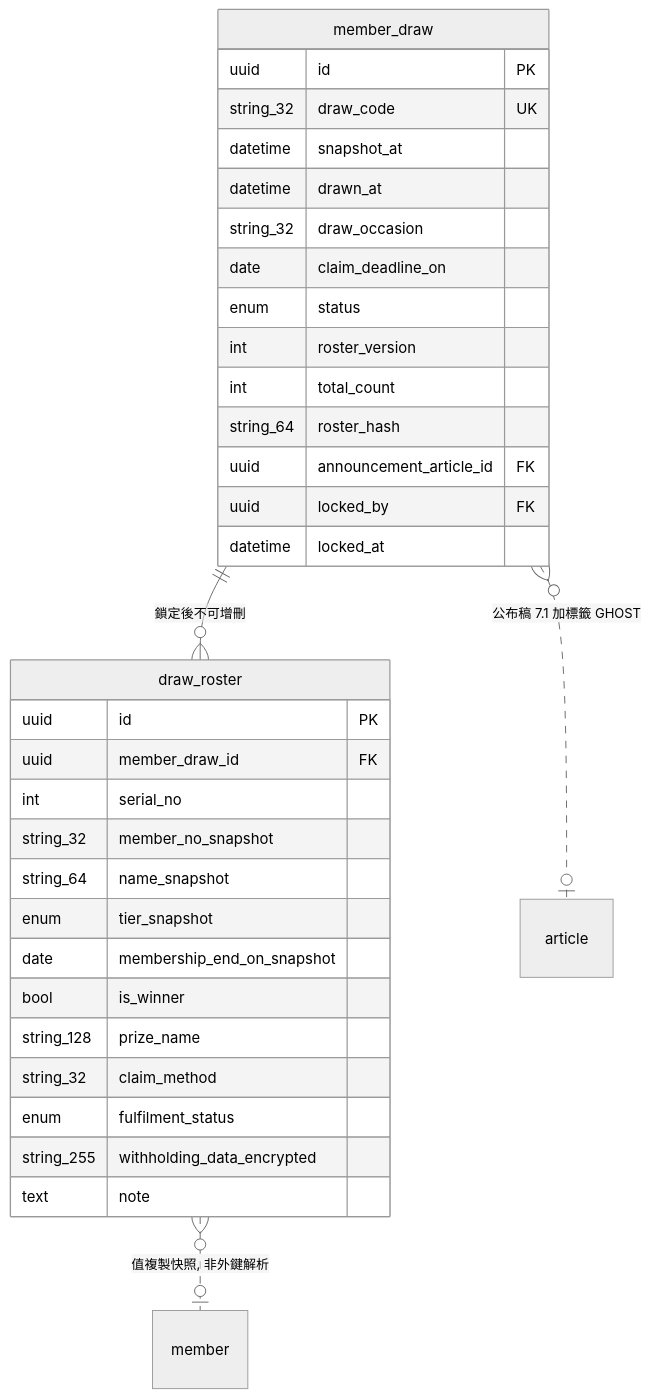
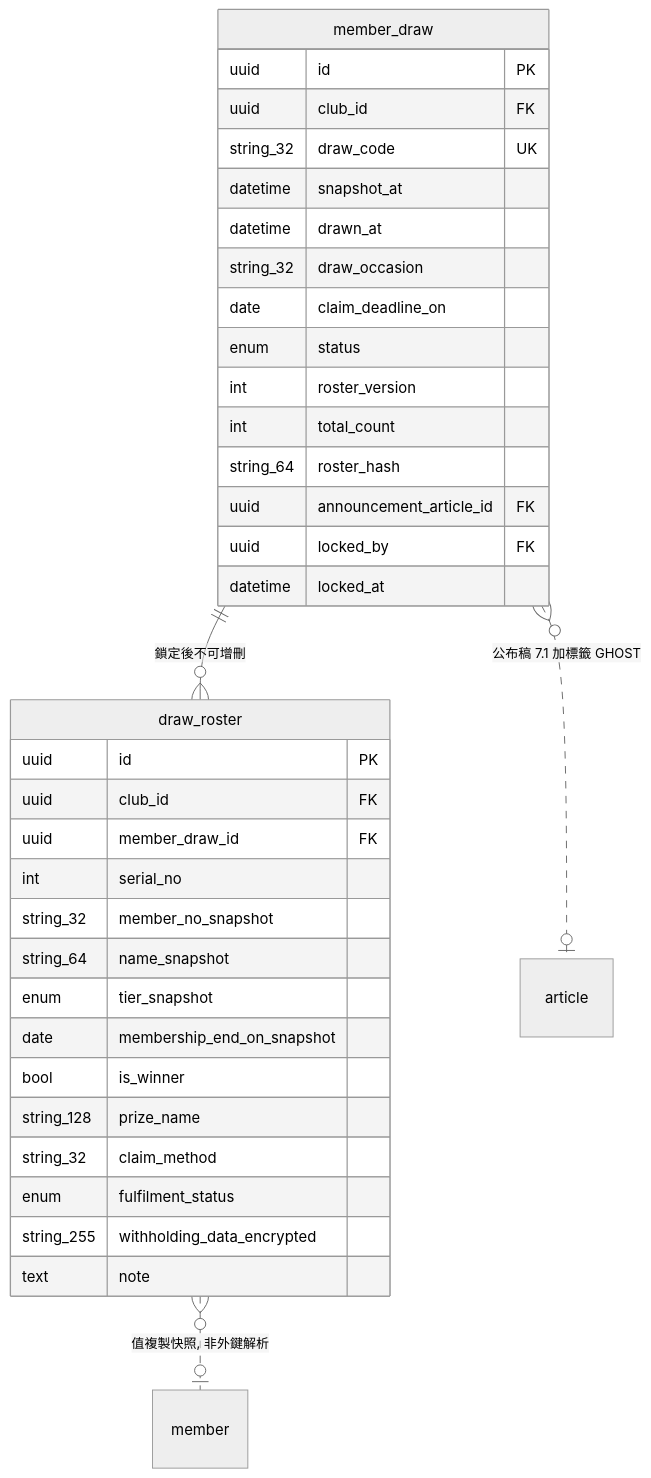
The tenth of 15 diagrams in docs/12a-database-erd.md (waiting0201/tcrfc), drawn with Mermaid (neutral theme) before and after one commit. The commit also changed other lines of this file and 4 other files, not shown here.

First line of the commit message:
feat: docs/12a ERD 完成 v3.0 同步，13 項落差結案（B-2 收尾）

````diff
--- a/docs/12a-database-erd.md
+++ b/docs/12a-database-erd.md
@@ -607,36 +680,38 @@
 ```mermaid
 erDiagram
   member_draw ||--o{ draw_roster : "鎖定後不可增刪"
   member_draw }o..o| article : "公布稿 7.1 加標籤 GHOST"
   draw_roster }o..o| member : "值複製快照, 非外鍵解析"
   member_draw {
     uuid id PK
+    uuid club_id FK
     string_32 draw_code UK
     datetime snapshot_at
     datetime drawn_at
     string_32 draw_occasion
     date claim_deadline_on
     enum status
     int roster_version
     int total_count
     string_64 roster_hash
     uuid announcement_article_id FK
     uuid locked_by FK
     datetime locked_at
   }
   draw_roster {
     uuid id PK
+    uuid club_id FK
     uuid member_draw_id FK
     int serial_no
     string_32 member_no_snapshot
     string_64 name_snapshot
     enum tier_snapshot
     date membership_end_on_snapshot
     bool is_winner
     string_128 prize_name
     string_32 claim_method
     enum fulfilment_status
     string_255 withholding_data_encrypted
     text note
   }
 ```
````
